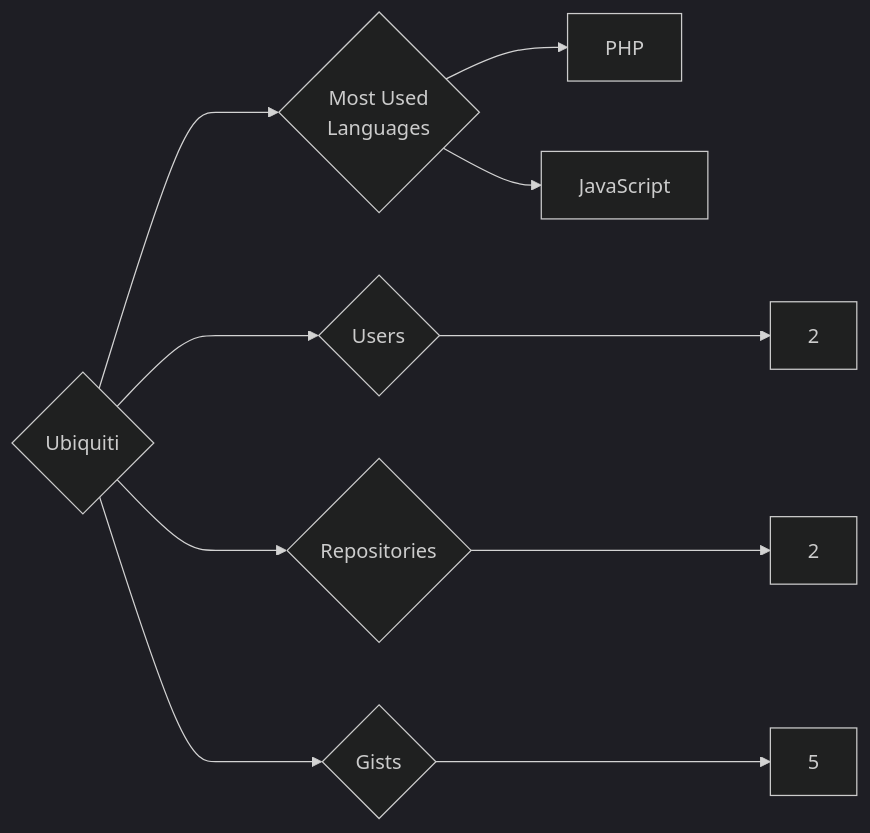
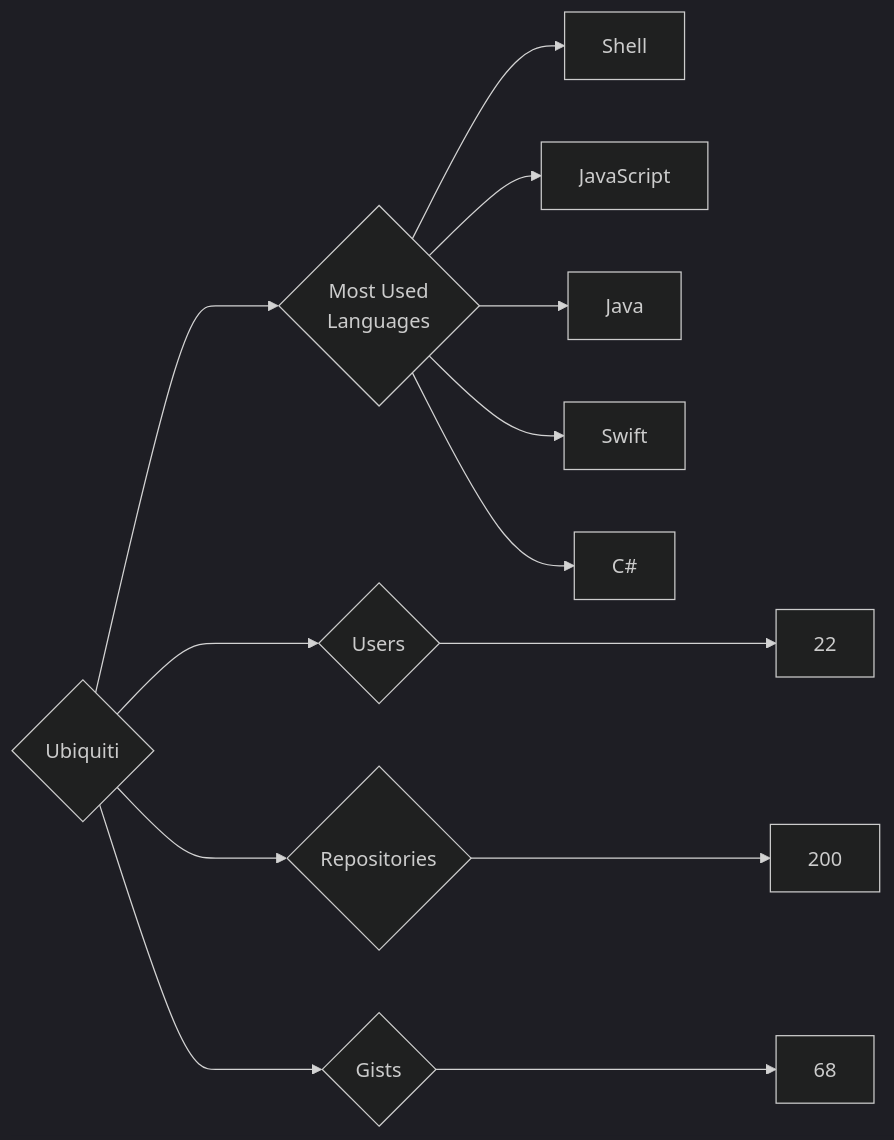
The diagram in targets/Ubiquiti/README.md (trickest/insiders), drawn with Mermaid (dark theme) before and after one commit. The commit also changed 972 other files, not shown here.

````diff
--- a/targets/Ubiquiti/README.md
+++ b/targets/Ubiquiti/README.md
@@ -3,10 +3,13 @@
 ```mermaid
 graph LR
 COMPANY_NAME{Ubiquiti}
-COMPANY_NAME ---> U{Users} ---> UN[2]
-COMPANY_NAME ---> R{Repositories} ---> RN[2]
-COMPANY_NAME ---> G{Gists} ---> GN[5]
+COMPANY_NAME ---> U{Users} ---> UN[22]
+COMPANY_NAME ---> R{Repositories} ---> RN[200]
+COMPANY_NAME ---> G{Gists} ---> GN[68]
 COMPANY_NAME ---> ML{Most Used<br>Languages}
-ML --> PHP[PHP]
+ML --> Shell[Shell]
 ML --> JavaScript[JavaScript]
+ML --> Java[Java]
+ML --> Swift[Swift]
+ML --> C#[C#]
 ```
````
